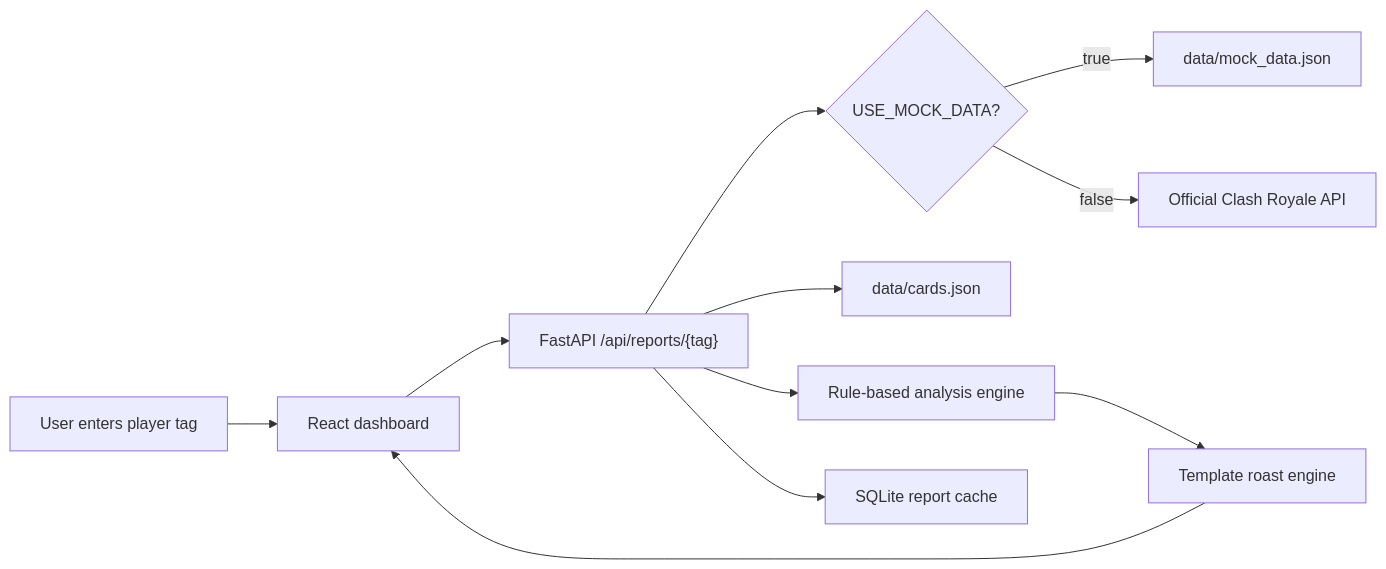
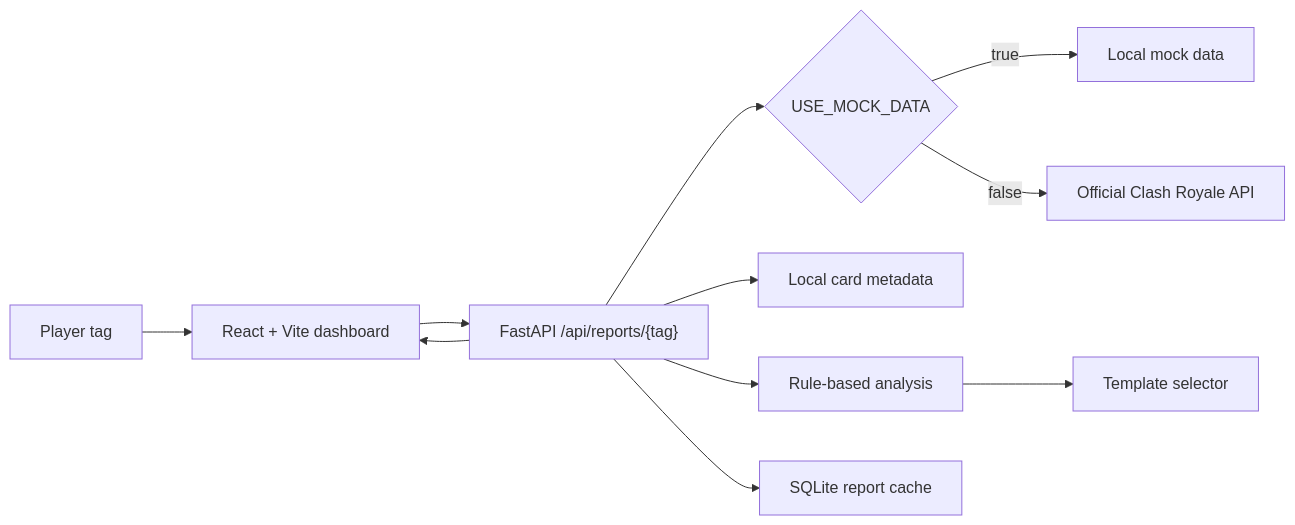
One commit to aidanchan0623/saville-fraud-royale-detector changed the diagram in README.md. Above: the diagram before and after it, drawn with Mermaid. The commit also changed other lines of this file and 9 other files, not shown here.

Commit message:
Upgrade fraud report dashboard and templates

````diff
--- a/README.md
+++ b/README.md
@@ -26,13 +33,13 @@
 ```mermaid
 flowchart LR
-  User["User enters player tag"] --> Frontend["React dashboard"]
+  User["Player tag"] --> Frontend["React + Vite dashboard"]
   Frontend --> Backend["FastAPI /api/reports/{tag}"]
-  Backend --> Mode{"USE_MOCK_DATA?"}
-  Mode -->|true| Mock["data/mock_data.json"]
+  Backend --> Mode{"USE_MOCK_DATA"}
+  Mode -->|true| Mock["Local mock data"]
   Mode -->|false| Clash["Official Clash Royale API"]
-  Backend --> Cards["data/cards.json"]
-  Backend --> Analysis["Rule-based analysis engine"]
-  Analysis --> Roasts["Template roast engine"]
+  Backend --> Cards["Local card metadata"]
+  Backend --> Rules["Rule-based analysis"]
+  Rules --> Templates["Template selector"]
   Backend --> Cache["SQLite report cache"]
-  Roasts --> Frontend
+  Backend --> Frontend
 ```
````
